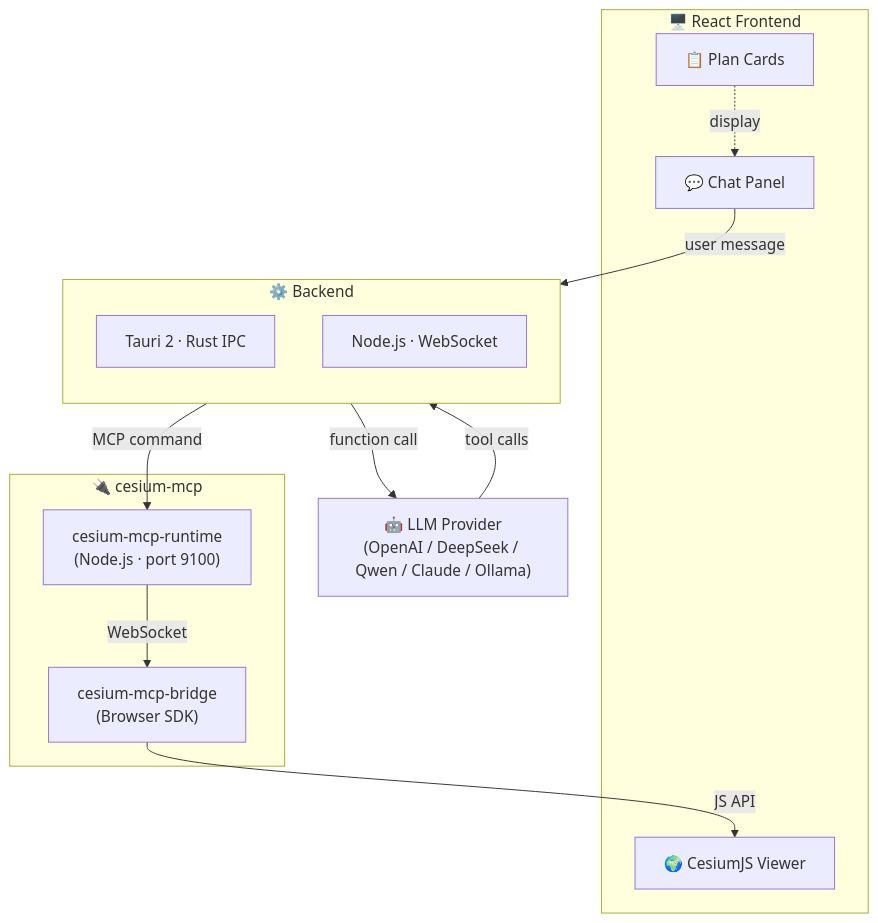
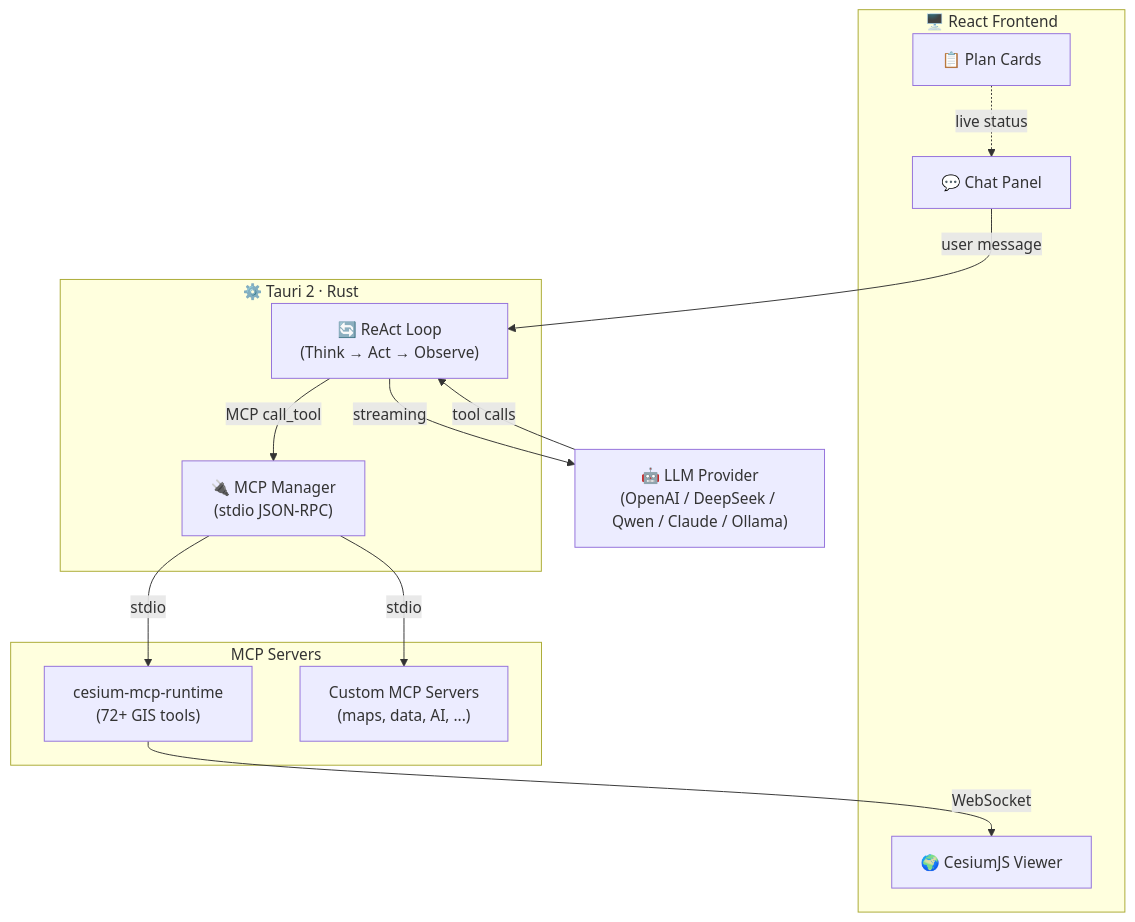
Before and after one commit to gaopengbin/GaiaAgent: the diagram in README.md, drawn with Mermaid. The commit also changed other lines of this file and 4 other files, not shown here.

````diff
--- a/README.md
+++ b/README.md
@@ -31,29 +34,29 @@
 ```mermaid
 graph TB
     subgraph Frontend["🖥️ React Frontend"]
         Chat["💬 Chat Panel"]
         Plan["📋 Plan Cards"]
         Cesium["🌍 CesiumJS Viewer"]
     end
 
-    subgraph Backend["⚙️ Backend"]
-        direction TB
-        Tauri["Tauri 2 · Rust IPC"]
-        Node["Node.js · WebSocket"]
+    subgraph Backend["⚙️ Tauri 2 · Rust"]
+        ReAct["🔄 ReAct Loop\n(Think → Act → Observe)"]
+        MCP_Mgr["🔌 MCP Manager\n(stdio JSON-RPC)"]
     end
 
-    subgraph MCP["🔌 cesium-mcp"]
-        Runtime["cesium-mcp-runtime\n(Node.js · port 9100)"]
-        Bridge["cesium-mcp-bridge\n(Browser SDK)"]
+    subgraph MCP_Servers["MCP Servers"]
+        cesium_mcp["cesium-mcp-runtime\n(72+ GIS tools)"]
+        custom_mcp["Custom MCP Servers\n(maps, data, AI, ...)"]
     end
 
     LLM["🤖 LLM Provider\n(OpenAI / DeepSeek / Qwen / Claude / Ollama)"]
 
-    Chat -->|user message| Backend
-    Backend -->|function call| LLM
-    LLM -->|tool calls| Backend
-    Backend -->|MCP command| Runtime
-    Runtime -->|WebSocket| Bridge
-    Bridge -->|JS API| Cesium
-    Plan -.->|display| Chat
+    Chat -->|user message| ReAct
+    ReAct -->|streaming| LLM
+    LLM -->|tool calls| ReAct
+    ReAct -->|MCP call_tool| MCP_Mgr
+    MCP_Mgr -->|stdio| cesium_mcp
+    MCP_Mgr -->|stdio| custom_mcp
+    cesium_mcp -->|WebSocket| Cesium
+    Plan -.->|live status| Chat
 ```
````
